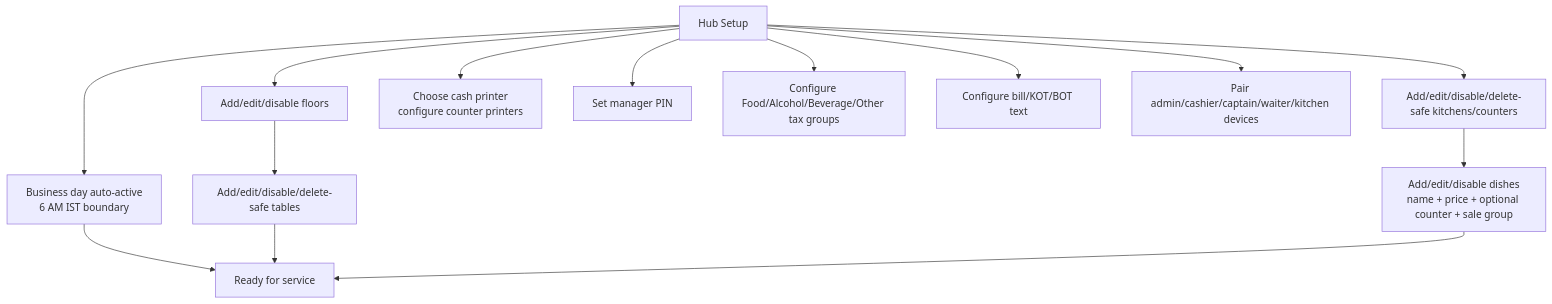
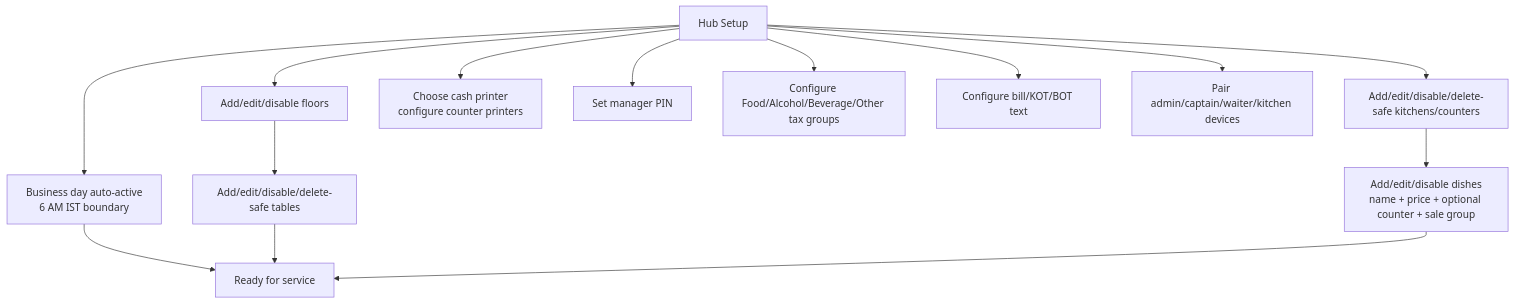
The sixth of 17 diagrams in flowchart.md (shubham909090/Open-POS), drawn with Mermaid before and after one commit. The commit also changed other lines of this file and 45 other files, not shown here.

Commit message:
Refactor Convex app and update related UI flows

````diff
--- a/flowchart.md
+++ b/flowchart.md
@@ -193,27 +193,27 @@
 ```mermaid
 flowchart TD
   Setup["Hub Setup"]
   BusinessDay["Business day auto-active<br/>6 AM IST boundary"]
   Floors["Add/edit/disable floors"]
   Tables["Add/edit/disable/delete-safe tables"]
   Counters["Add/edit/disable/delete-safe kitchens/counters"]
   Dishes["Add/edit/disable dishes<br/>name + price + optional counter + sale group"]
   Printers["Choose cash printer<br/>configure counter printers"]
   ManagerPin["Set manager PIN"]
   SaleGroups["Configure Food/Alcohol/Beverage/Other tax groups"]
   PrintText["Configure bill/KOT/BOT text"]
-  PairDevices["Pair admin/cashier/captain/waiter/kitchen devices"]
+  PairDevices["Pair admin/captain/waiter/kitchen devices"]
   Ready["Ready for service"]
 
   Setup --> BusinessDay
   Setup --> Floors --> Tables
   Setup --> Counters --> Dishes
   Setup --> Printers
   Setup --> ManagerPin
   Setup --> SaleGroups
   Setup --> PrintText
   Setup --> PairDevices
   BusinessDay --> Ready
   Tables --> Ready
   Dishes --> Ready
 ```
````
